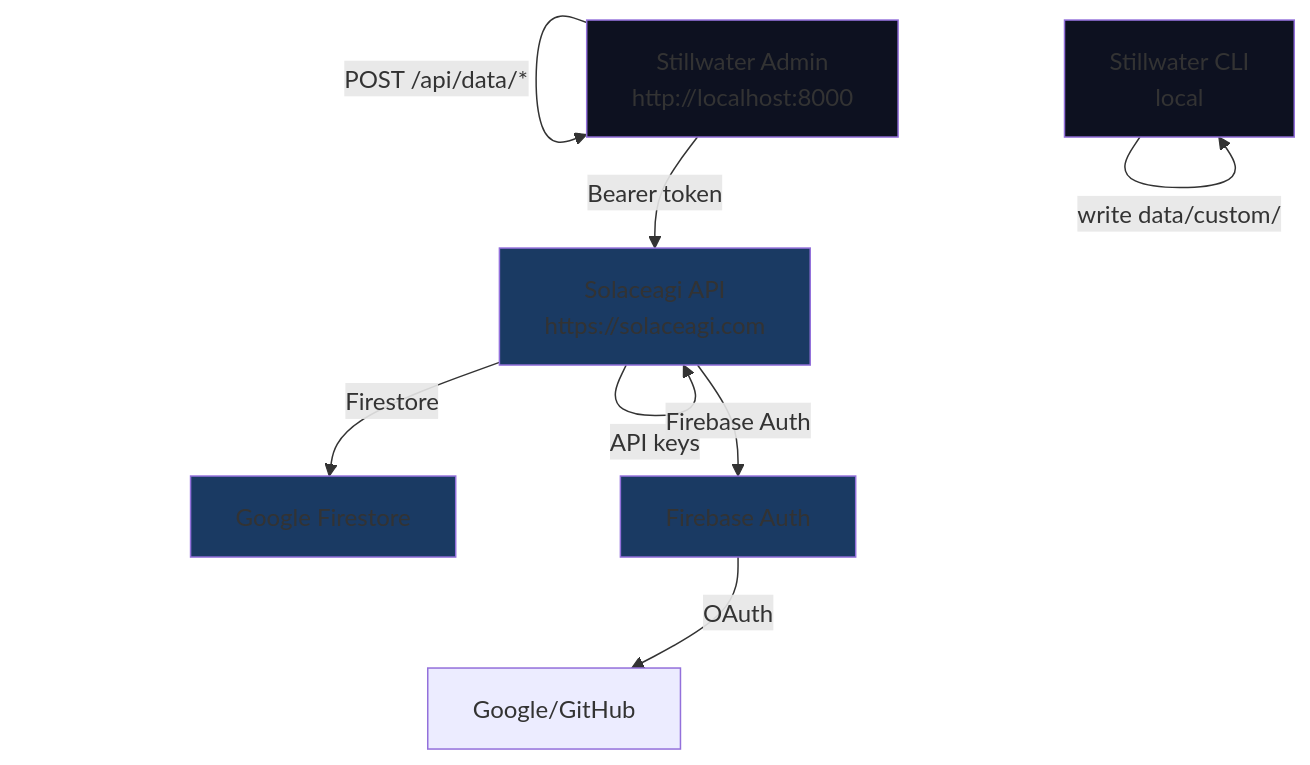
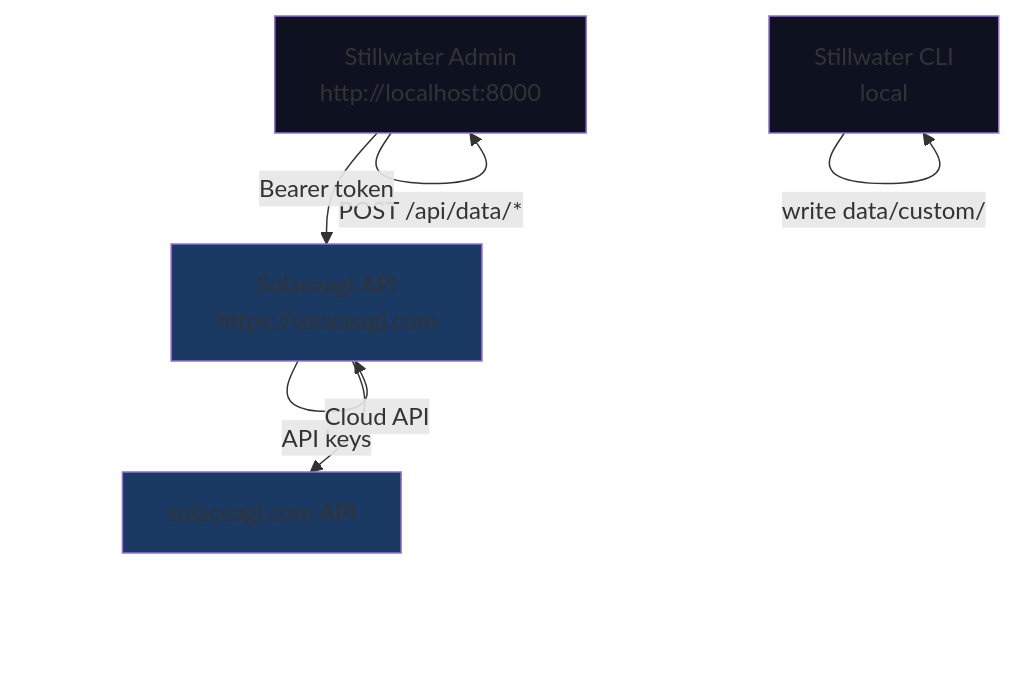
Before and after one commit to phuctruong/stillwater: the fifth of 5 diagrams in data/default/orchestration.md, drawn with Mermaid. The commit also changed other lines of this file and 841 other files, not shown here.

````diff
--- a/data/default/orchestration.md
+++ b/data/default/orchestration.md
@@ -320,25 +320,21 @@
 ```mermaid
 graph TB
     Admin["Stillwater Admin<br/>http://localhost:8000"]
     CLI["Stillwater CLI<br/>local"]
 
     Admin -->|GET /config| Admin
     Admin -->|GET /api/data/*| Admin
     Admin -->|POST /api/data/*| Admin
 
     CLI -->|read data/| CLI
     CLI -->|write data/custom/| CLI
 
     Admin -->|Bearer token| Cloud["Solaceagi API<br/>https://solaceagi.com"]
     Cloud -->|API keys| Cloud
-    Cloud -->|Firestore| FS["Google Firestore"]
-
-    Cloud -->|Firebase Auth| FA["Firebase Auth"]
-    FA -->|OAuth| Google["Google/GitHub"]
+    Cloud -->|Cloud API| SA["solaceagi.com API"]
 
     style Admin fill:#0d1120
     style CLI fill:#0d1120
     style Cloud fill:#1a3a63
-    style FS fill:#1a3a63
-    style FA fill:#1a3a63
+    style SA fill:#1a3a63
 ```
````
